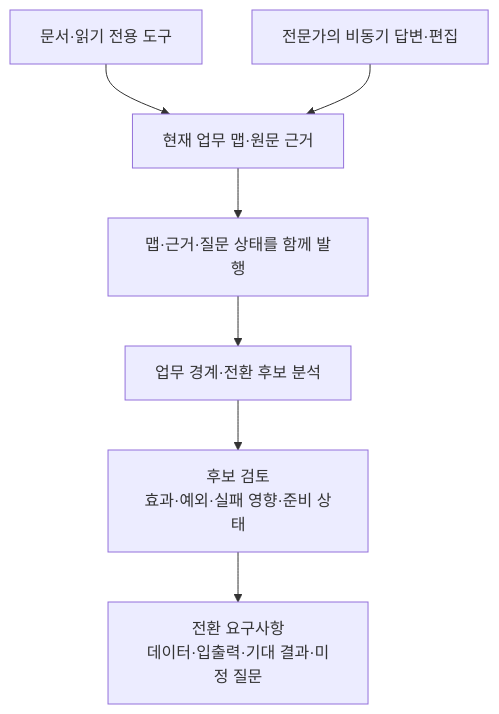
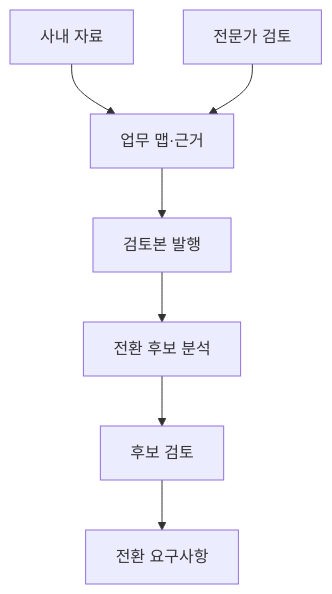
The fourth of 9 diagrams in _posts/2026-11-05-enterprise-wide-ax-essentials.md (haandol/haandol.github.com), drawn with Mermaid before and after one commit. The commit also changed other lines of this file and 1 other file, not shown here.

````diff
--- a/_posts/2026-11-05-enterprise-wide-ax-essentials.md
+++ b/_posts/2026-11-05-enterprise-wide-ax-essentials.md
@@ -207,9 +207,9 @@
 ```mermaid
 flowchart TB
-  S["문서·읽기 전용 도구"] --> M["현재 업무 맵·원문 근거"]
-  U["전문가의 비동기 답변·편집"] --> M
-  M --> P["맵·근거·질문 상태를 함께 발행"]
-  P --> A["업무 경계·전환 후보 분석"]
-  A --> C["후보 검토<br/>효과·예외·실패 영향·준비 상태"]
-  C --> R["전환 요구사항<br/>데이터·입출력·기대 결과·미정 질문"]
+  S["사내 자료"] --> M["업무 맵·근거"]
+  U["전문가 검토"] --> M
+  M --> P["검토본 발행"]
+  P --> A["전환 후보 분석"]
+  A --> C["후보 검토"]
+  C --> R["전환 요구사항"]
 ```
````
